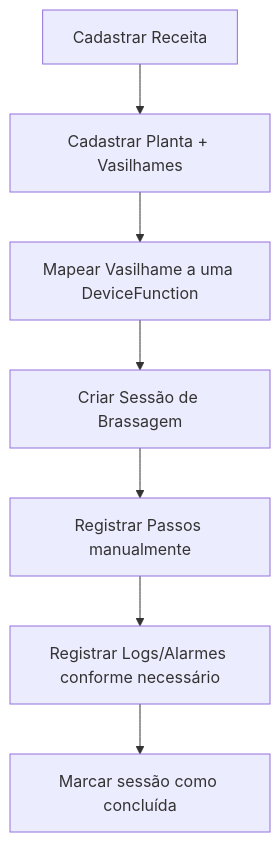
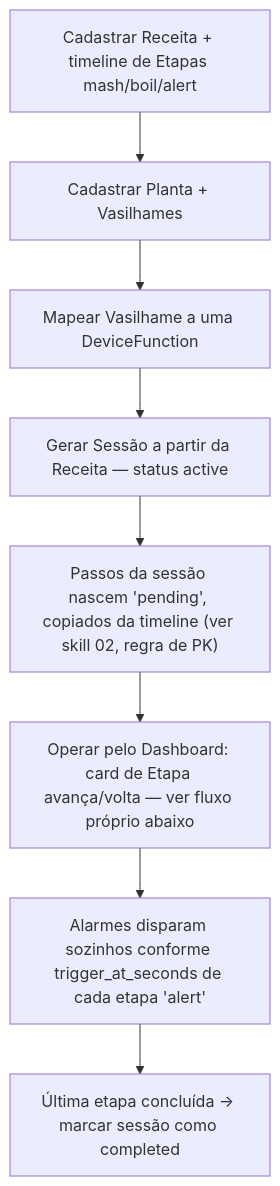
One commit to ChristopherNicolasSMM/Tesseract changed the first of 8 diagrams in addons/addon_brewstation/features/feature_mash_control/docs/technical/03-fluxos.md. Above: the diagram before and after it, drawn with Mermaid. The commit also changed other lines of this file and 6 other files, not shown here.

First line of the commit message:
docs(mash-control): atualiza manual e fluxos com o Dashboard novo

````diff
--- a/addons/addon_brewstation/features/feature_mash_control/docs/technical/03-fluxos.md
+++ b/addons/addon_brewstation/features/feature_mash_control/docs/technical/03-fluxos.md
@@ -5,9 +5,10 @@
 ```mermaid
 flowchart TD
-    A[Cadastrar Receita] --> B[Cadastrar Planta + Vasilhames]
+    A[Cadastrar Receita + timeline de Etapas mash/boil/alert] --> B[Cadastrar Planta + Vasilhames]
     B --> C[Mapear Vasilhame a uma DeviceFunction]
-    C --> D[Criar Sessão de Brassagem]
-    D --> E[Registrar Passos manualmente]
-    E --> F[Registrar Logs/Alarmes conforme necessário]
-    F --> G[Marcar sessão como concluída]
+    C --> D[Gerar Sessão a partir da Receita — status active]
+    D --> E["Passos da sessão nascem 'pending', copiados da timeline (ver skill 02, regra de PK)"]
+    E --> F[Operar pelo Dashboard: card de Etapa avança/volta — ver fluxo próprio abaixo]
+    F --> G[Alarmes disparam sozinhos conforme trigger_at_seconds de cada etapa 'alert']
+    G --> H[Última etapa concluída → marcar sessão como completed]
 ```
````
